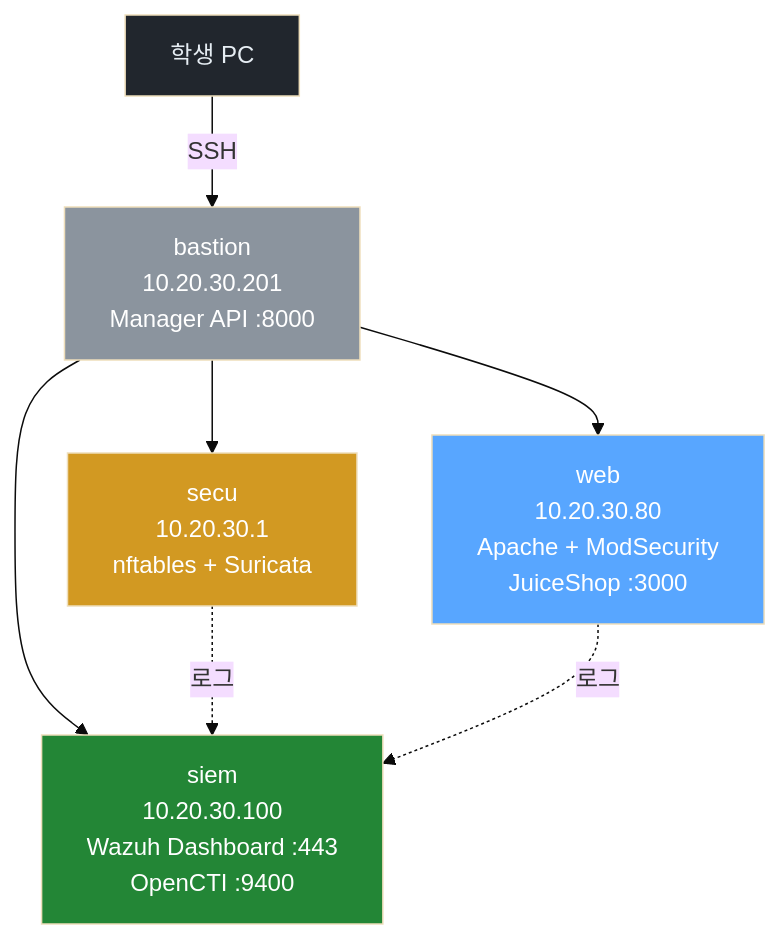
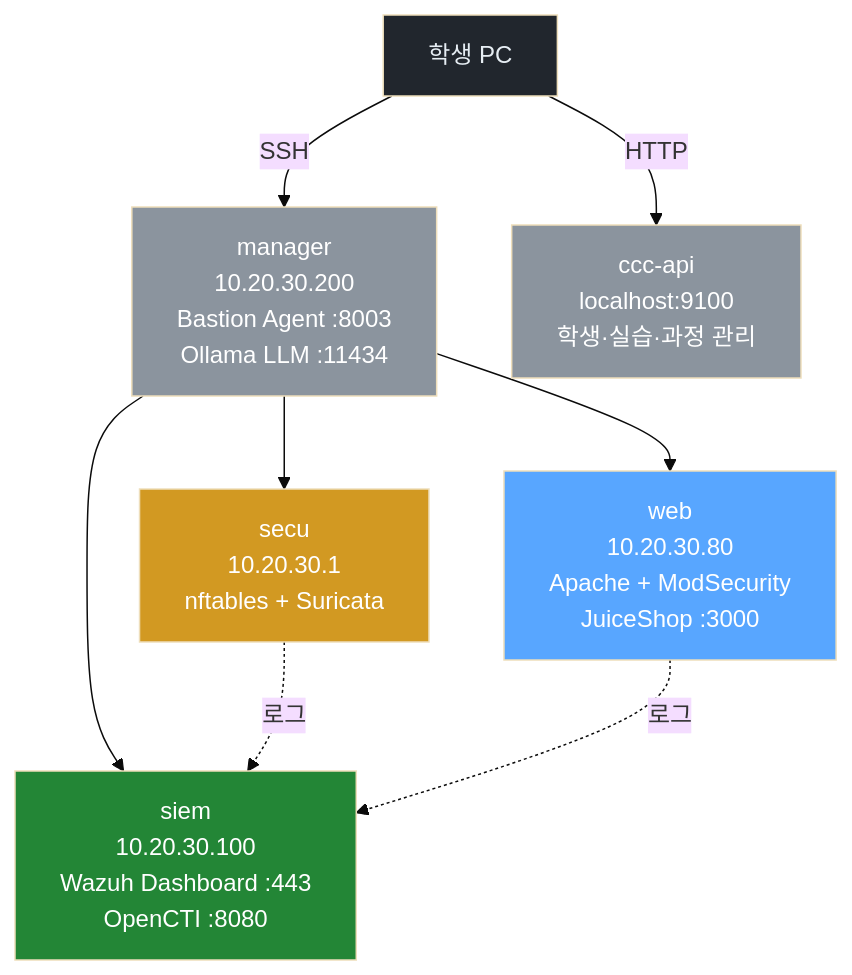
Before and after one commit to mrgrit/ccc: the diagram in contents/education/course1-attack/week01/lecture.md, drawn with Mermaid (base theme). The commit also changed other lines of this file, not shown here.

First line of the commit message:
fix(lecture): course1-attack/week01 전면 재작성 — 실제 API 반영 + 퀴즈 삭제

````diff
--- a/contents/education/course1-attack/week01/lecture.md
+++ b/contents/education/course1-attack/week01/lecture.md
@@ -247,14 +249,16 @@
 ```mermaid
 graph TD
-    PC["학생 PC"] -->|SSH| BST["bastion<br/>10.20.30.201<br/>Manager API :8000"]
-    BST --> SECU["secu<br/>10.20.30.1<br/>nftables + Suricata"]
-    BST --> WEB["web<br/>10.20.30.80<br/>Apache + ModSecurity<br/>JuiceShop :3000"]
-    BST --> SIEM["siem<br/>10.20.30.100<br/>Wazuh Dashboard :443<br/>OpenCTI :9400"]
+    PC["학생 PC"] -->|SSH| MGR["manager<br/>10.20.30.200<br/>Bastion Agent :8003<br/>Ollama LLM :11434"]
+    PC -->|HTTP| API["ccc-api<br/>localhost:9100<br/>학생·실습·과정 관리"]
+    MGR --> SECU["secu<br/>10.20.30.1<br/>nftables + Suricata"]
+    MGR --> WEB["web<br/>10.20.30.80<br/>Apache + ModSecurity<br/>JuiceShop :3000"]
+    MGR --> SIEM["siem<br/>10.20.30.100<br/>Wazuh Dashboard :443<br/>OpenCTI :8080"]
     SECU -.->|로그| SIEM
     WEB -.->|로그| SIEM
     style PC fill:#21262d,color:#e6edf3
-    style BST fill:#8b949e,color:#fff
+    style API fill:#8b949e,color:#fff
+    style MGR fill:#8b949e,color:#fff
     style SECU fill:#d29922,color:#fff
     style WEB fill:#58a6ff,color:#fff
     style SIEM fill:#238636,color:#fff
 ```
````
